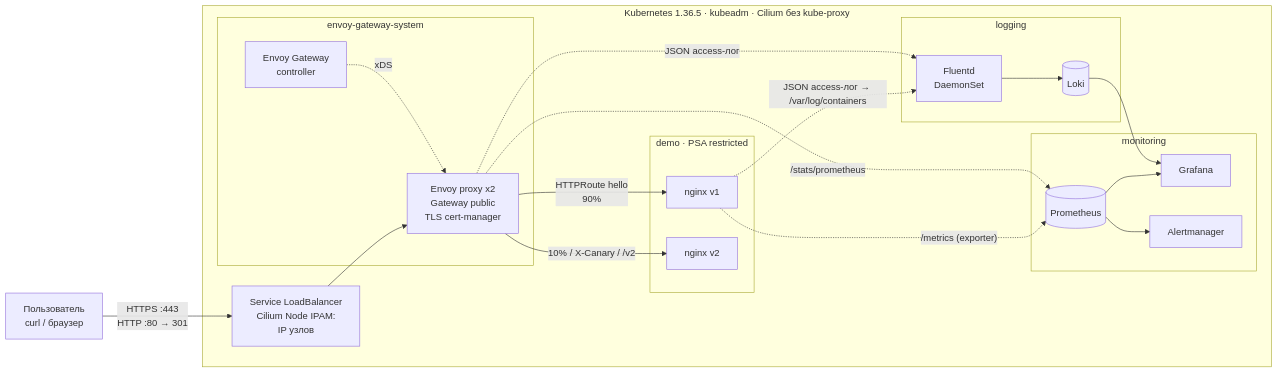
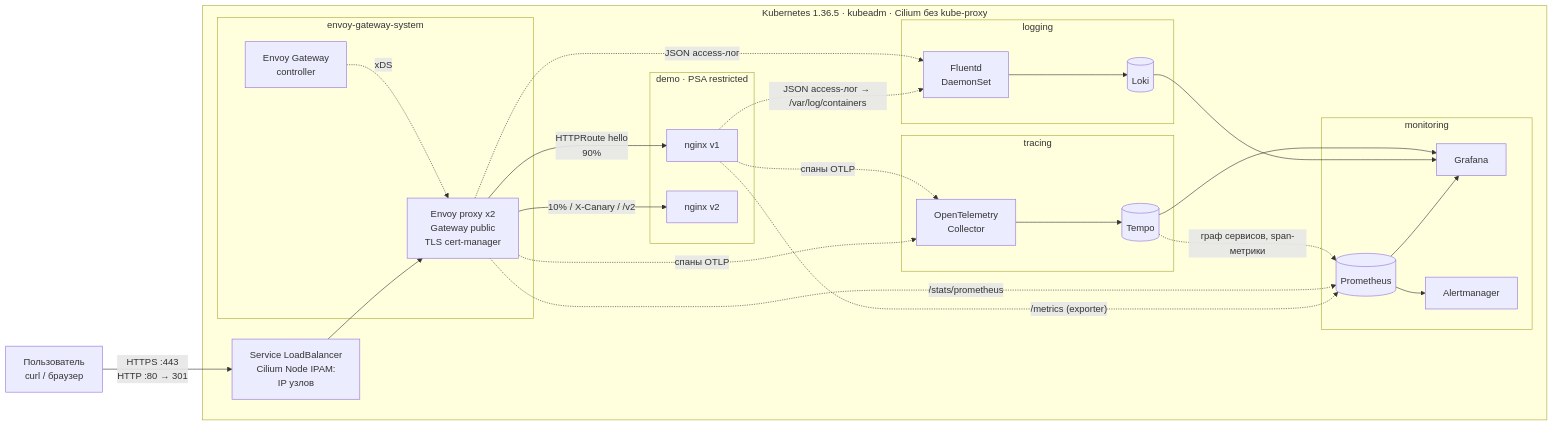
One commit to Captain-Skull/MTS-EngineerHack changed the diagram in README.md. Above: the diagram before and after it, drawn with Mermaid. The commit also changed other lines of this file and 12 other files, not shown here.

First line of the commit message:
feat(observability): распределённый трейсинг OpenTelemetry → Tempo

````diff
--- a/README.md
+++ b/README.md
@@ -118,32 +119,40 @@
 ```mermaid
 flowchart LR
     U[Пользователь<br/>curl / браузер] -->|HTTPS :443<br/>HTTP :80 → 301| LB
 
     subgraph K8S[Kubernetes 1.36.5 · kubeadm · Cilium без kube-proxy]
         LB[Service LoadBalancer<br/>Cilium Node IPAM:<br/>IP узлов] --> GW
 
         subgraph EGS[envoy-gateway-system]
             EG[Envoy Gateway<br/>controller] -.xDS.-> GW[Envoy proxy x2<br/>Gateway public<br/>TLS cert-manager]
         end
 
         subgraph DEMO[demo · PSA restricted]
             GW -->|HTTPRoute hello<br/>90%| V1[nginx v1]
             GW -->|10% / X-Canary / /v2| V2[nginx v2]
         end
 
         subgraph MON[monitoring]
             P[(Prometheus)] --> G[Grafana]
             P --> AM[Alertmanager]
         end
 
         subgraph LOG[logging]
             F[Fluentd<br/>DaemonSet] --> L[(Loki)]
         end
 
+        subgraph TR[tracing]
+            OC[OpenTelemetry<br/>Collector] --> T[(Tempo)]
+        end
+
         V1 -. "/metrics (exporter)" .-> P
         GW -. "/stats/prometheus" .-> P
         V1 -. "JSON access-лог → /var/log/containers" .-> F
         GW -. "JSON access-лог" .-> F
         L --> G
+        GW -. "спаны OTLP" .-> OC
+        V1 -. "спаны OTLP" .-> OC
+        T --> G
+        T -. "граф сервисов, span-метрики" .-> P
     end
 ```
````
